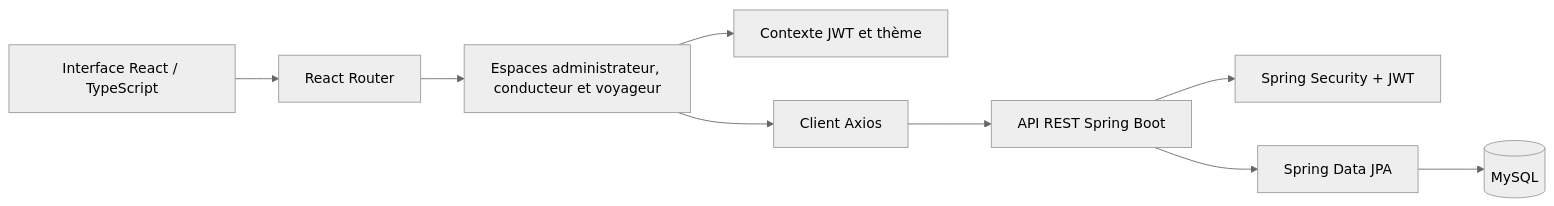
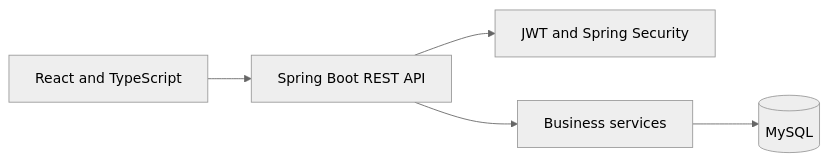
One commit to KhaledZouari/carpooling-platform changed the diagram in README.md. Above: the diagram before and after it, drawn with Mermaid (neutral theme). The commit also changed other lines of this file, not shown here.

````diff
--- a/README.md
+++ b/README.md
@@ -23,11 +22,7 @@
 ```mermaid
 flowchart LR
-    Browser[Interface React / TypeScript] --> Router[React Router]
-    Router --> Pages[Espaces administrateur, conducteur et voyageur]
-    Pages --> Context[Contexte JWT et thème]
-    Pages --> API[Client Axios]
-    API --> Backend[API REST Spring Boot]
-    Backend --> Security[Spring Security + JWT]
-    Backend --> JPA[Spring Data JPA]
-    JPA --> DB[(MySQL)]
+    UI[React and TypeScript] --> API[Spring Boot REST API]
+    API --> Security[JWT and Spring Security]
+    API --> Services[Business services]
+    Services --> DB[(MySQL)]
 ```
````
